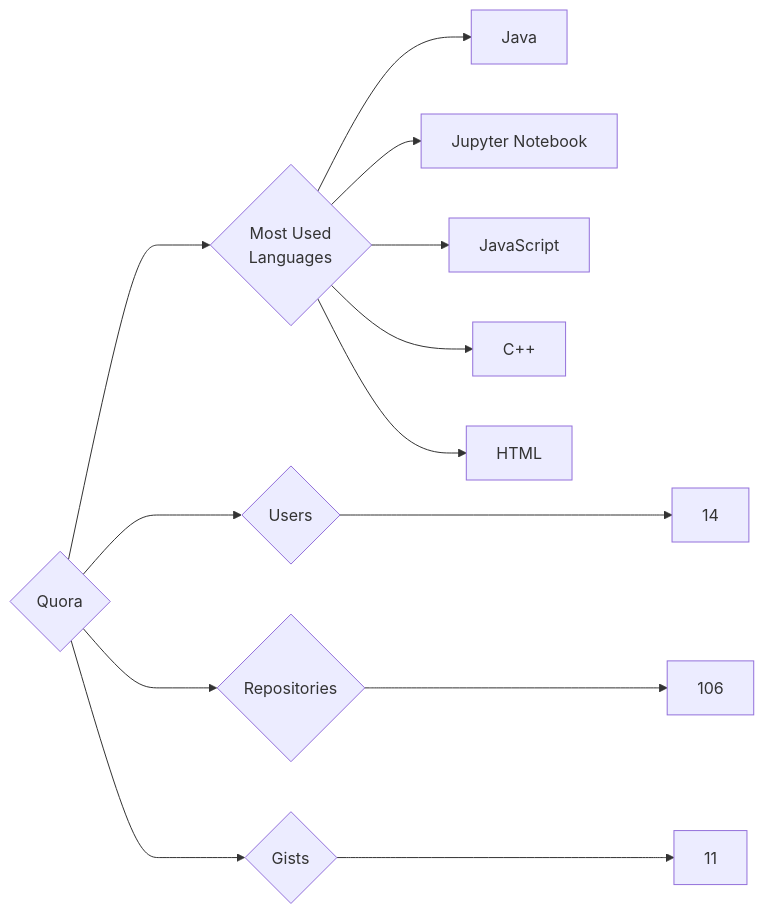
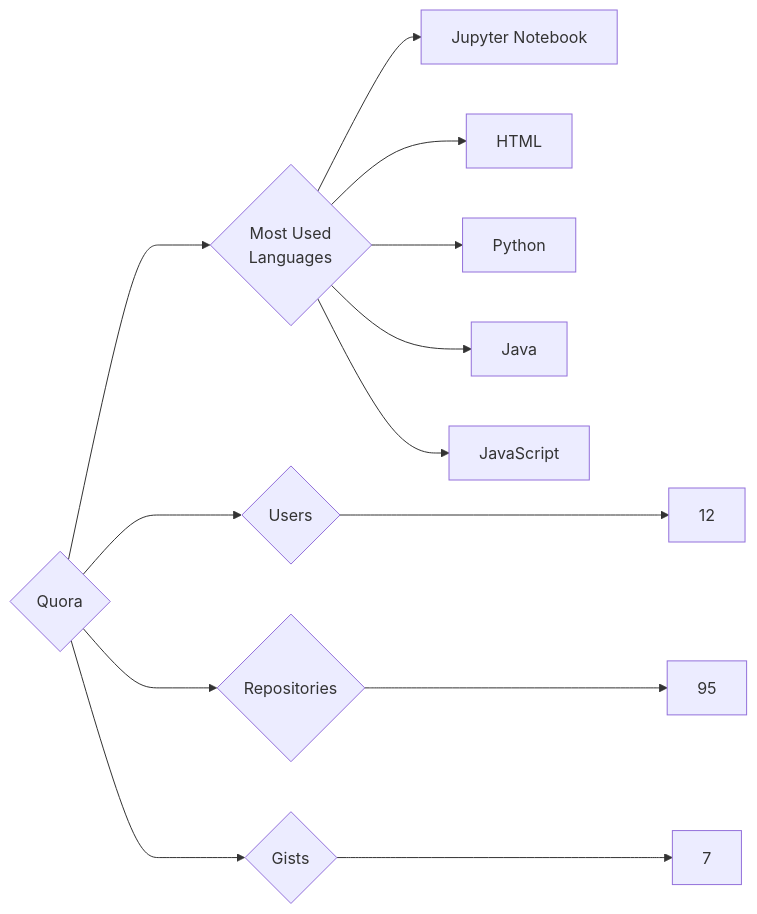
Before and after one commit to trickest/insiders: the diagram in targets/Quora/README.md, drawn with Mermaid. The commit also changed 878 other files, not shown here.

````diff
--- a/targets/Quora/README.md
+++ b/targets/Quora/README.md
@@ -3,13 +3,13 @@
 ```mermaid
 graph LR
 COMPANY_NAME{Quora}
-COMPANY_NAME ---> U{Users} ---> UN[14]
-COMPANY_NAME ---> R{Repositories} ---> RN[106]
-COMPANY_NAME ---> G{Gists} ---> GN[11]
+COMPANY_NAME ---> U{Users} ---> UN[12]
+COMPANY_NAME ---> R{Repositories} ---> RN[95]
+COMPANY_NAME ---> G{Gists} ---> GN[7]
 COMPANY_NAME ---> ML{Most Used<br>Languages}
+ML --> Jupyter_Notebook[Jupyter Notebook]
+ML --> HTML[HTML]
+ML --> Python[Python]
 ML --> Java[Java]
-ML --> Jupyter_Notebook[Jupyter Notebook]
 ML --> JavaScript[JavaScript]
-ML --> C++[C++]
-ML --> HTML[HTML]
 ```
````
